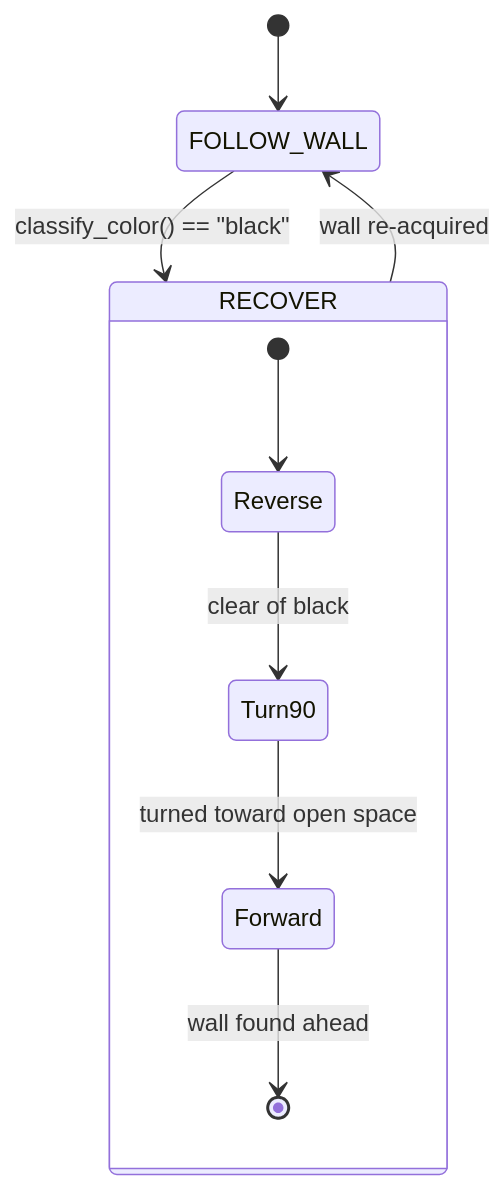
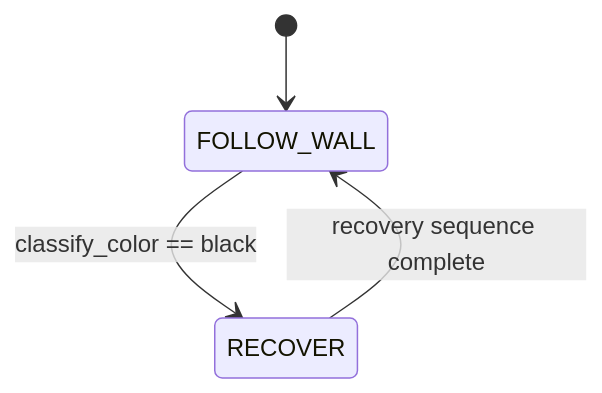
The diagram in docs/Challenge_9.md (TempeHS/RP2040_Competition_Robot), drawn with Mermaid before and after one commit. The commit also changed other lines of this file and 14 other files, not shown here.

````diff
--- a/docs/Challenge_9.md
+++ b/docs/Challenge_9.md
@@ -63,12 +44,6 @@
 ```mermaid
 stateDiagram-v2
     [*] --> FOLLOW_WALL
-    FOLLOW_WALL --> RECOVER: classify_color() == "black"
-    RECOVER --> FOLLOW_WALL: wall re-acquired
-    state RECOVER {
-        [*] --> Reverse
-        Reverse --> Turn90: clear of black
-        Turn90 --> Forward: turned toward open space
-        Forward --> [*]: wall found ahead
-    }
+    FOLLOW_WALL --> RECOVER: classify_color == black
+    RECOVER --> FOLLOW_WALL: recovery sequence complete
 ```
````
